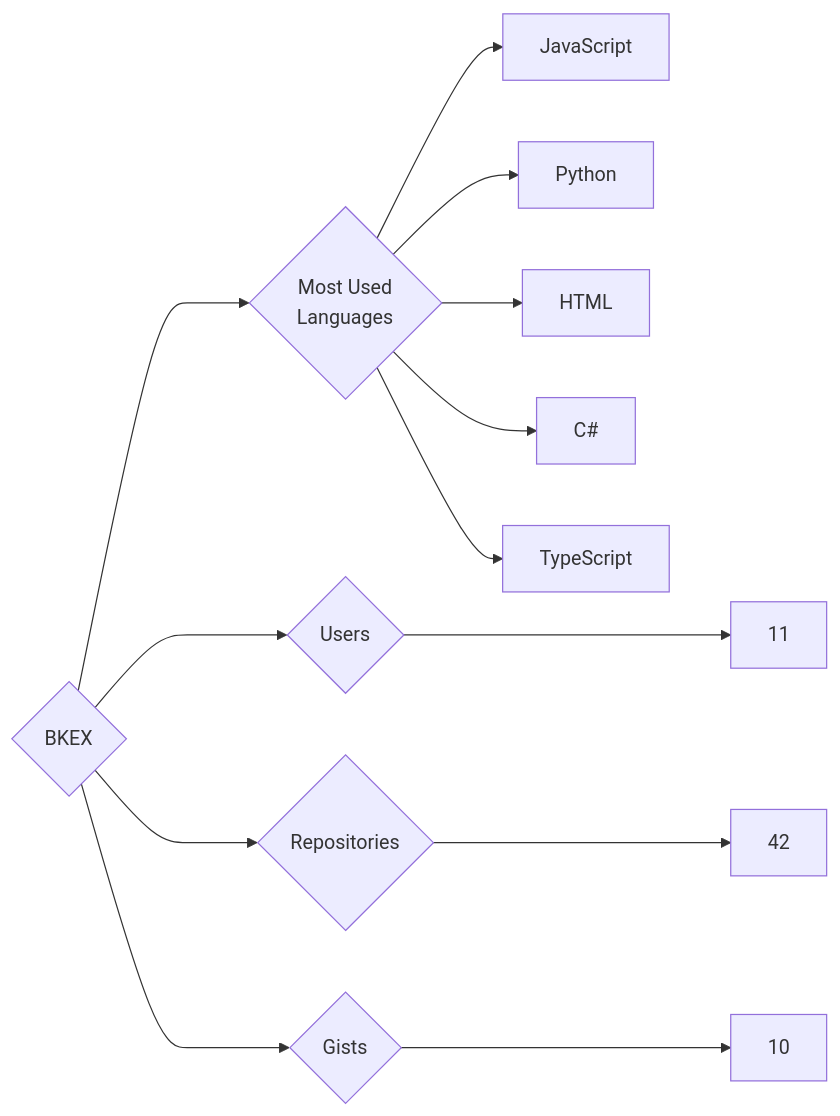
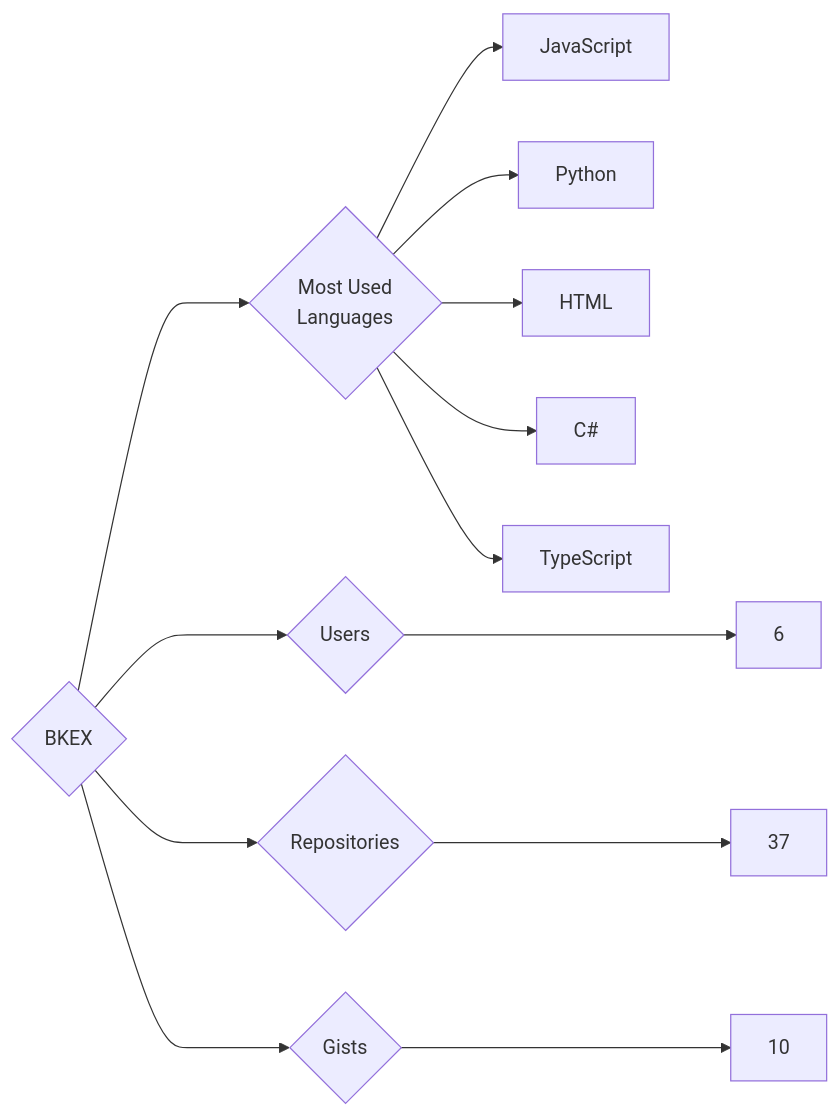
Before and after one commit to trickest/insiders: the diagram in targets/BKEX/README.md, drawn with Mermaid. The commit also changed 1212 other files, not shown here.

````diff
--- a/targets/BKEX/README.md
+++ b/targets/BKEX/README.md
@@ -3,13 +3,13 @@
 ```mermaid
 graph LR
 COMPANY_NAME{BKEX}
-COMPANY_NAME ---> U{Users} ---> UN[11]
-COMPANY_NAME ---> R{Repositories} ---> RN[42]
+COMPANY_NAME ---> U{Users} ---> UN[6]
+COMPANY_NAME ---> R{Repositories} ---> RN[37]
 COMPANY_NAME ---> G{Gists} ---> GN[10]
 COMPANY_NAME ---> ML{Most Used<br>Languages}
 ML --> JavaScript[JavaScript]
 ML --> Python[Python]
 ML --> HTML[HTML]
 ML --> C#[C#]
 ML --> TypeScript[TypeScript]
 ```
````
